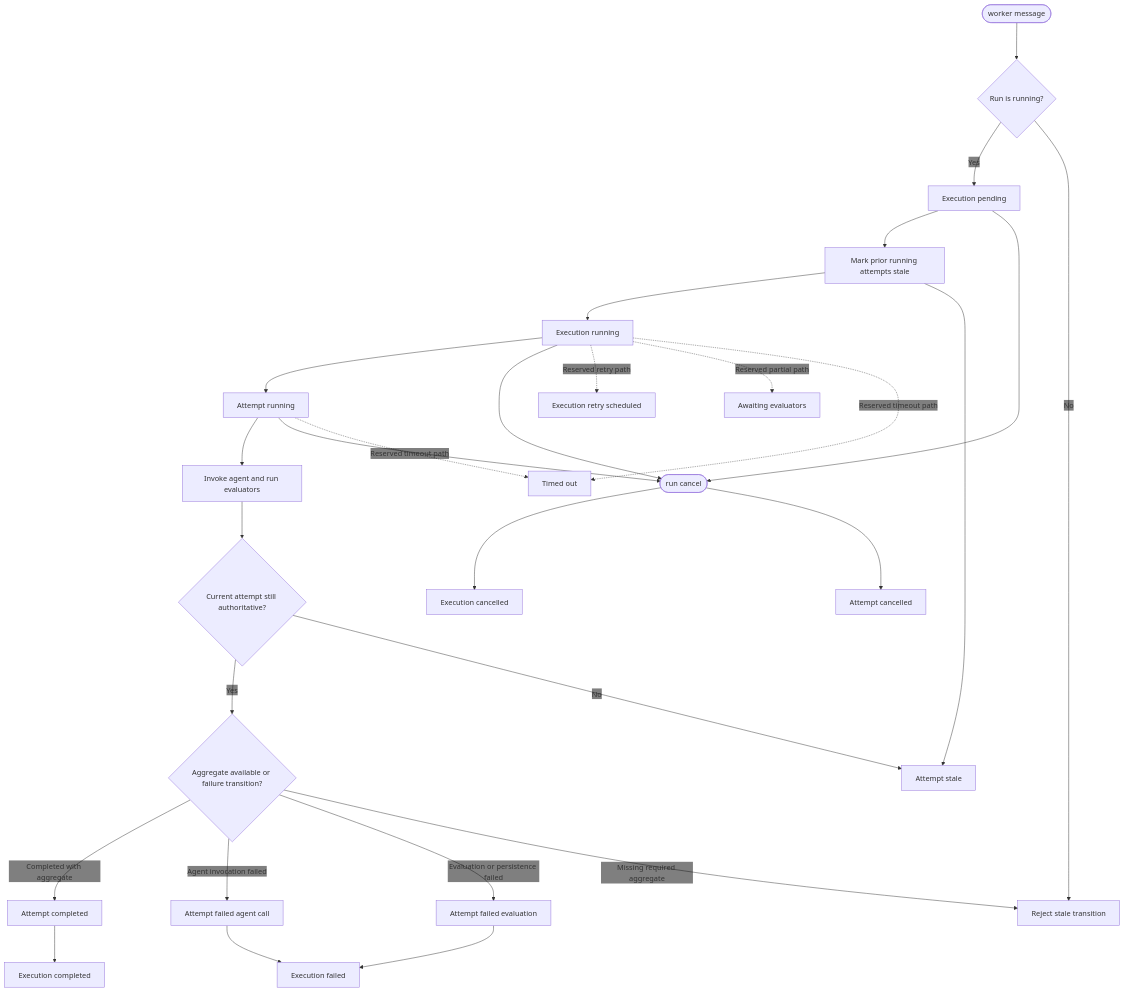
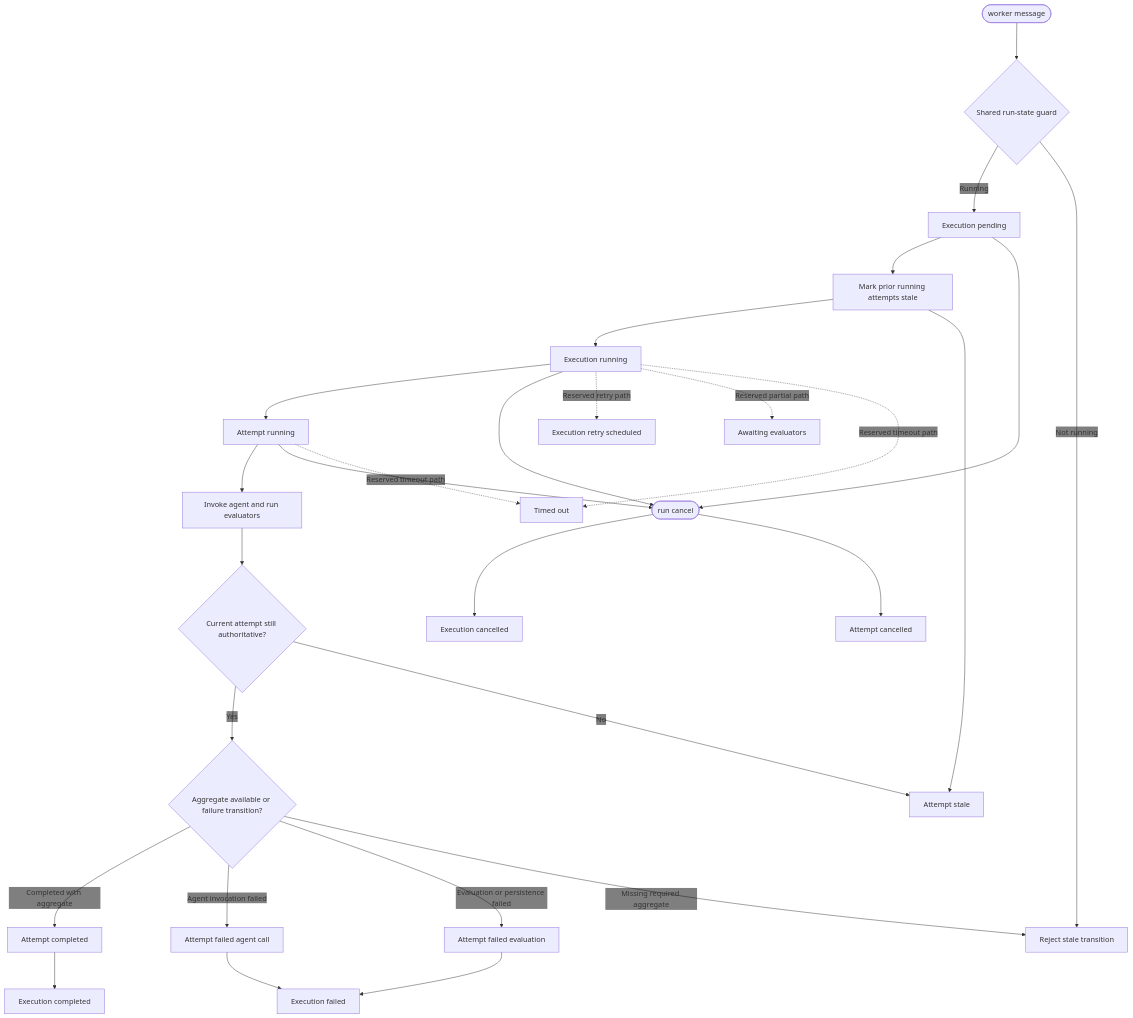
Before and after one commit to gregl83/agent-vigilo: the diagram in web/docs/architecture/state/execution-lifecycle/diagram.mmd, drawn with Mermaid. The commit also changed 7 other files, not shown here.

```diff
--- a/web/docs/architecture/state/execution-lifecycle/diagram.mmd
+++ b/web/docs/architecture/state/execution-lifecycle/diagram.mmd
@@ -1,62 +1,62 @@
 ---
 config:
   flowchart:
     nodeSpacing: 150
     rankSpacing: 80
   themeVariables:
     edgeLabelBackground: 'transparent'
 ---
 flowchart TD
     Worker([worker message])
-    RunGuard{Run is running?}
+    RunGuard{Shared run-state guard}
     Pending[Execution pending]
     Supersede[Mark prior running attempts stale]
     Running[Execution running]
     AttemptRunning[Attempt running]
     AgentAndEvaluators[Invoke agent and run evaluators]
     TerminalGuard{Current attempt still authoritative?}
     AggregateGuard{Aggregate available or failure transition?}
     AttemptCompleted[Attempt completed]
     ExecutionCompleted[Execution completed]
     AttemptAgentFail[Attempt failed agent call]
     AttemptEvalFail[Attempt failed evaluation]
     ExecutionFailed[Execution failed]
     Cancel([run cancel])
     ExecutionCancelled[Execution cancelled]
     AttemptCancelled[Attempt cancelled]
     RetryScheduled[Execution retry scheduled]
     TimedOut[Timed out]
     Awaiting[Awaiting evaluators]
     Stale[Attempt stale]
     Reject[Reject stale transition]
 
     Worker --> RunGuard
-    RunGuard -- Yes --> Pending --> Supersede --> Running --> AttemptRunning --> AgentAndEvaluators
-    RunGuard -- No --> Reject
+    RunGuard -- Running --> Pending --> Supersede --> Running --> AttemptRunning --> AgentAndEvaluators
+    RunGuard -- Not running --> Reject
     Supersede --> Stale
 
     AgentAndEvaluators --> TerminalGuard
     TerminalGuard -- Yes --> AggregateGuard
     TerminalGuard -- No --> Stale
 
     AggregateGuard -- Completed with aggregate --> AttemptCompleted --> ExecutionCompleted
     AggregateGuard -- Agent invocation failed --> AttemptAgentFail --> ExecutionFailed
     AggregateGuard -- Evaluation or persistence failed --> AttemptEvalFail --> ExecutionFailed
     AggregateGuard -- Missing required aggregate --> Reject
 
     Running --> Cancel
     Pending --> Cancel
     AttemptRunning --> Cancel
     Cancel --> ExecutionCancelled
     Cancel --> AttemptCancelled
 
     Running -. Reserved retry path .-> RetryScheduled
     Running -. Reserved partial path .-> Awaiting
     Running -. Reserved timeout path .-> TimedOut
     AttemptRunning -. Reserved timeout path .-> TimedOut
 
     class Worker,Cancel command
     class RunGuard,Pending,Supersede,Running,AttemptRunning,AgentAndEvaluators,TerminalGuard,AggregateGuard,Awaiting,RetryScheduled system
     class AttemptCompleted,ExecutionCompleted success
     class AttemptAgentFail,AttemptEvalFail,ExecutionFailed,ExecutionCancelled,AttemptCancelled,TimedOut,Reject error
     class Stale component
```
